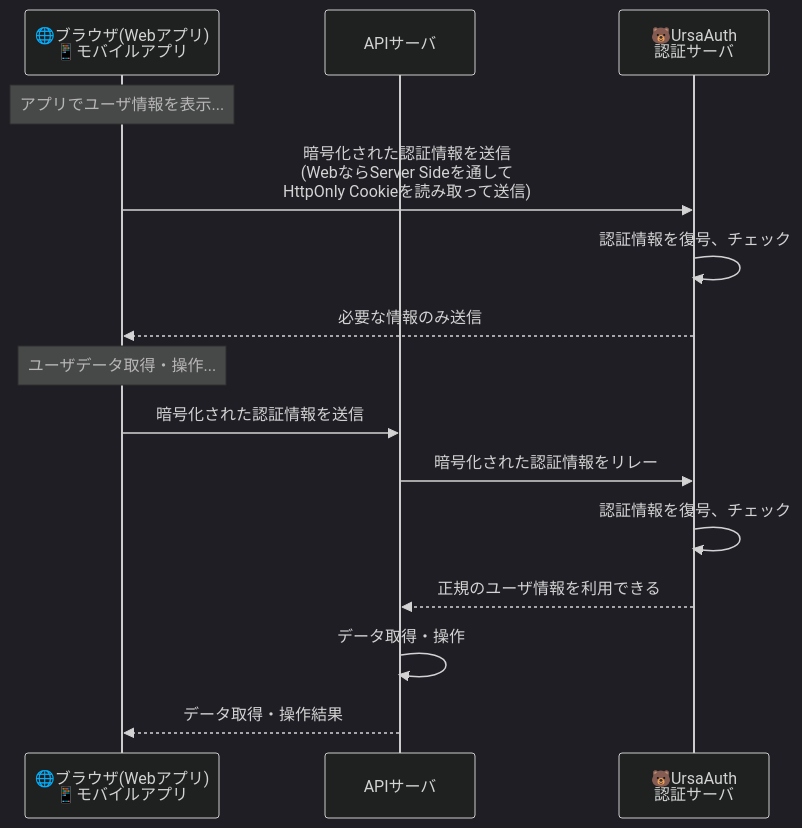
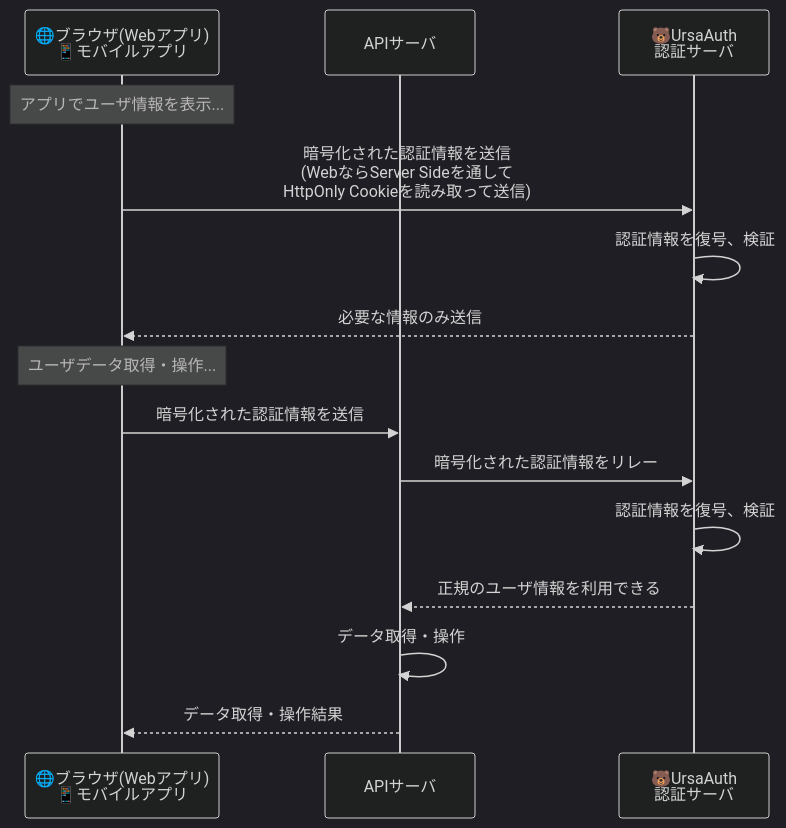
The second of 2 diagrams in articles/ursa-auth-introduction.md (Daiius/zenn-articles), drawn with Mermaid (dark theme) before and after one commit. The commit also changed other lines of this file and 3 other files, not shown here.

````diff
--- a/articles/ursa-auth-introduction.md
+++ b/articles/ursa-auth-introduction.md
@@ -98,23 +168,23 @@
 ```mermaid
     sequenceDiagram
     participant browser as 🌐ブラウザ(Webアプリ)<br>📱モバイルアプリ
     participant api_server as APIサーバ
     participant auth_server as 🐻UrsaAuth<br>認証サーバ
 
     note over browser: アプリでユーザ情報を表示...
 
     browser ->> auth_server: 暗号化された認証情報を送信<br>(WebならServer Sideを通して<br>HttpOnly Cookieを読み取って送信)
-    auth_server ->> auth_server: 認証情報を復号、チェック
+    auth_server ->> auth_server: 認証情報を復号、検証
     auth_server -->> browser: 必要な情報のみ送信
 
     note over browser: ユーザデータ取得・操作...
 
     browser ->> api_server: 暗号化された認証情報を送信
     api_server ->> auth_server: 暗号化された認証情報をリレー
-    auth_server ->> auth_server: 認証情報を復号、チェック
+    auth_server ->> auth_server: 認証情報を復号、検証
     auth_server -->> api_server: 正規のユーザ情報を利用できる
     api_server ->> api_server: データ取得・操作
     api_server -->> browser: データ取得・操作結果
 
 
 ```
````
